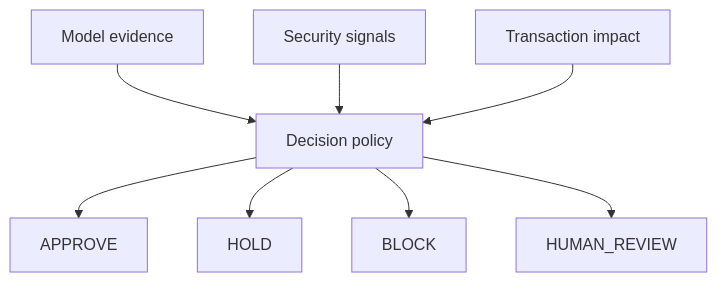
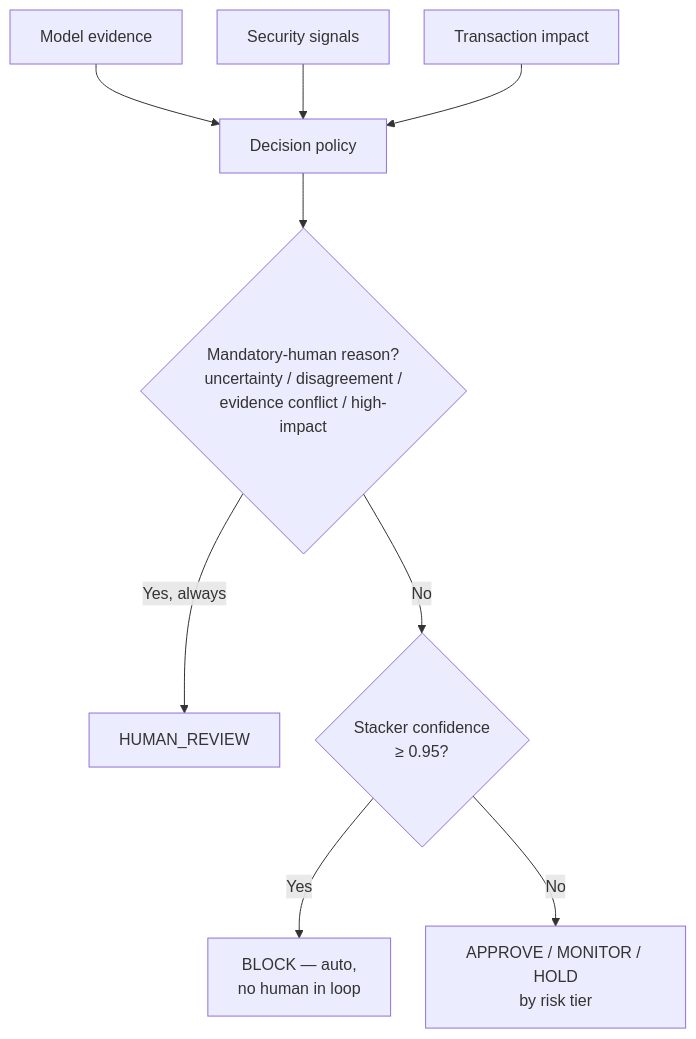
One commit to Dikshu015/RazorRisk-Agentic-AI-Payment-Fraud-Risk-Investigation-Platform changed the fifth of 12 diagrams in README.md. Above: the diagram before and after it, drawn with Mermaid. The commit also changed other lines of this file and 1 other file, not shown here.

````diff
--- a/README.md
+++ b/README.md
@@ -135,10 +176,12 @@
 ```mermaid
+%%{init: {'flowchart': {'nodeSpacing': 35, 'rankSpacing': 55}}}%%
 flowchart TD
     M[Model evidence] --> P[Decision policy]
     S[Security signals] --> P
     I[Transaction impact] --> P
-    P --> A[APPROVE]
-    P --> H[HOLD]
-    P --> B[BLOCK]
-    P --> R[HUMAN_REVIEW]
+    P --> M2{Mandatory-human reason?<br/>uncertainty / disagreement /<br/>evidence conflict / high-impact}
+    M2 -->|Yes, always| R[HUMAN_REVIEW]
+    M2 -->|No| C{Stacker confidence<br/>&ge; 0.95?}
+    C -->|Yes| B[BLOCK — auto,<br/>no human in loop]
+    C -->|No| A[APPROVE / MONITOR / HOLD<br/>by risk tier]
 ```
````
